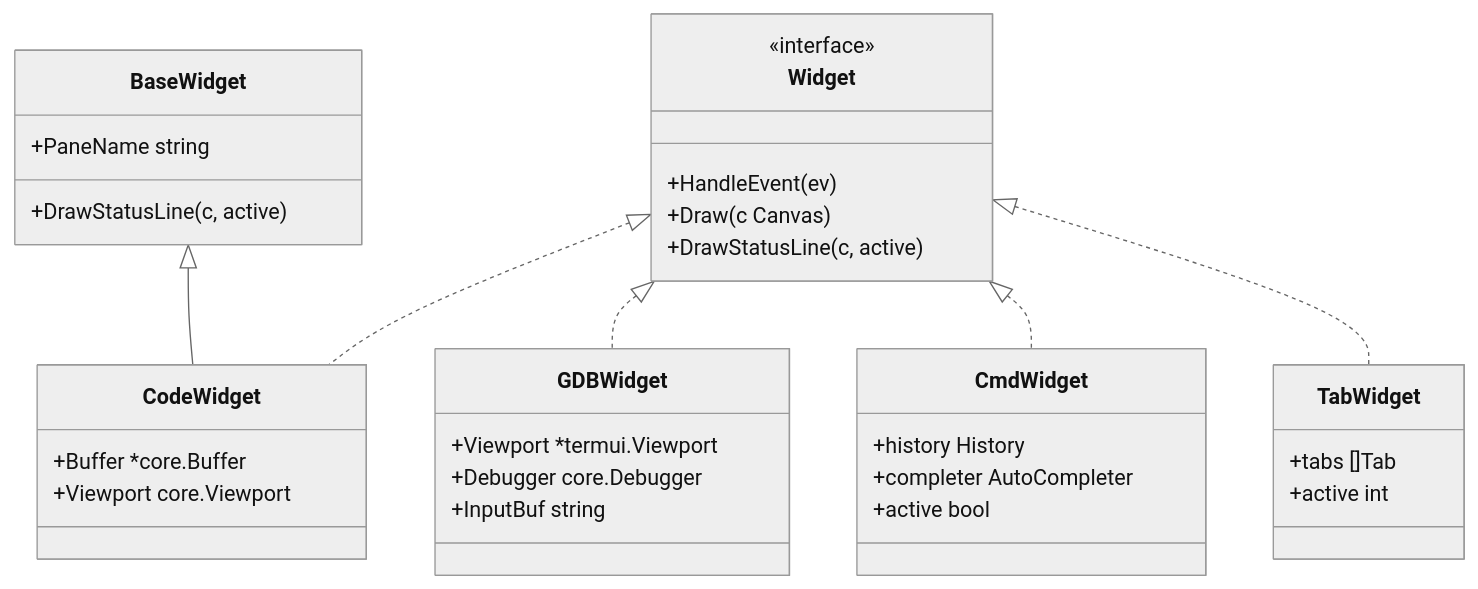
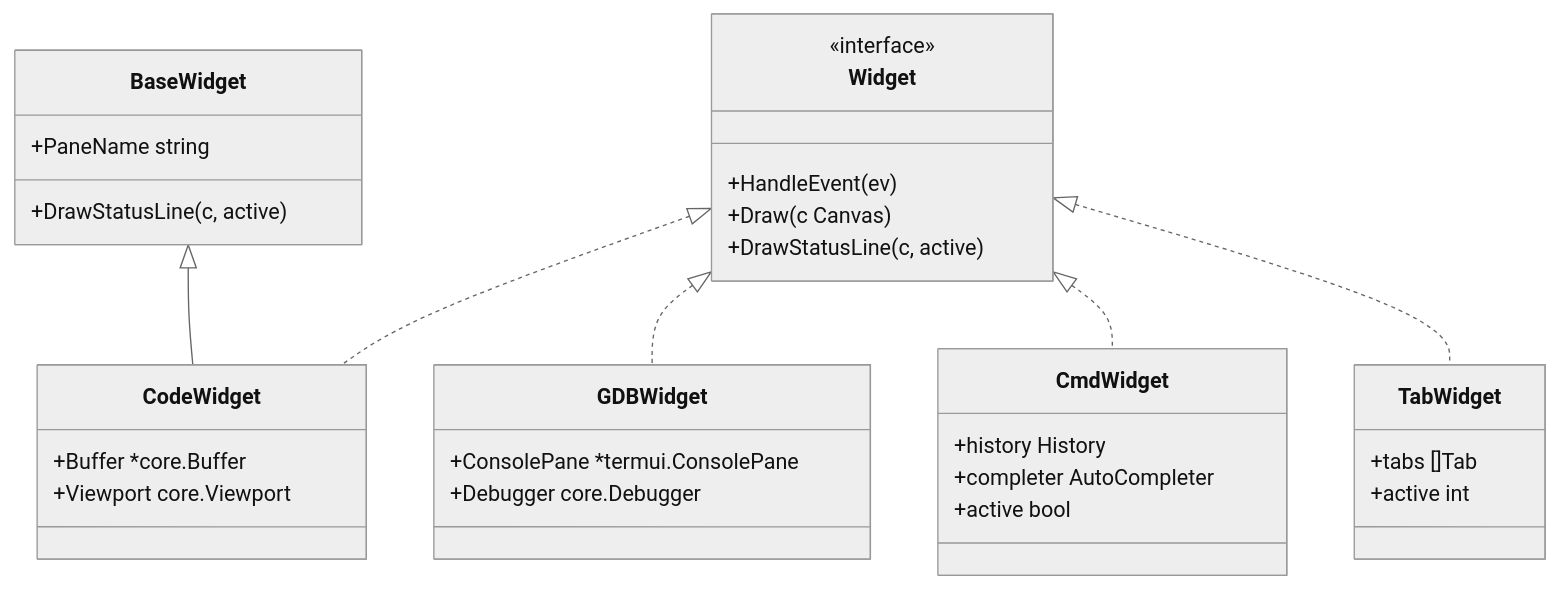
The first of 7 diagrams in docs/UI_ARCHITECTURE.md (yairgd/gdbforge), drawn with Mermaid (neutral theme) before and after one commit. The commit also changed other lines of this file and 13 other files, not shown here.

First line of the commit message:
Extract InputLine and ConsolePane; make GDBWidget a thin MI adapter.

````diff
--- a/docs/UI_ARCHITECTURE.md
+++ b/docs/UI_ARCHITECTURE.md
@@ -59,44 +59,43 @@
 ```mermaid
 classDiagram
     direction TB
 
     class Widget {
         <<interface>>
         +HandleEvent(ev)
         +Draw(c Canvas)
         +DrawStatusLine(c, active)
     }
 
     class BaseWidget {
         +PaneName string
         +DrawStatusLine(c, active)
     }
 
     class CodeWidget {
         +Buffer *core.Buffer
         +Viewport core.Viewport
     }
 
     class GDBWidget {
-        +Viewport *termui.Viewport
+        +ConsolePane *termui.ConsolePane
         +Debugger core.Debugger
-        +InputBuf string
     }
 
     class CmdWidget {
         +history History
         +completer AutoCompleter
         +active bool
     }
 
     class TabWidget {
         +tabs []Tab
         +active int
     }
 
     Widget <|.. CodeWidget
     Widget <|.. GDBWidget
     Widget <|.. CmdWidget
     Widget <|.. TabWidget
     BaseWidget <|-- CodeWidget
 ```
````
